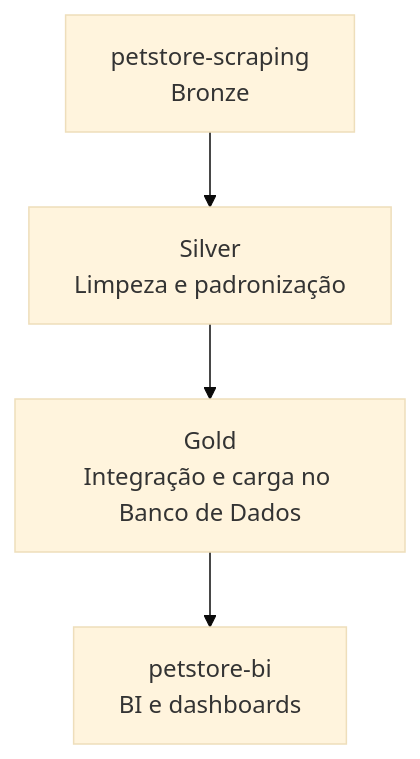
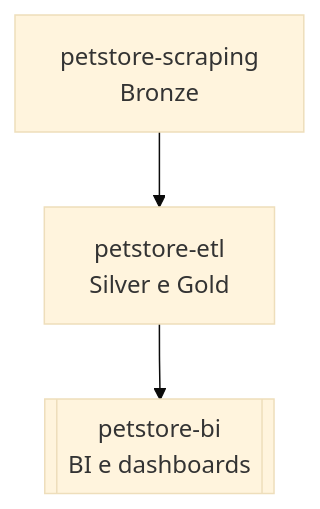
Before and after one commit to rafa-trindade/petstore-etl: the diagram in README.md, drawn with Mermaid (base theme). The commit also changed other lines of this file, not shown here.

````diff
--- a/README.md
+++ b/README.md
@@ -30,6 +29,5 @@
 ```mermaid
 graph TD
-    A[petstore-scraping<br>Bronze] --> B[Silver<br>Limpeza e padronização]
-    B --> C[Gold<br>Integração e carga no Banco de Dados]
-    C --> D[petstore-bi<br>BI e dashboards]
+    A[petstore-scraping<br>Bronze] --> B[petstore-etl<br>Silver e Gold]
+    B --> C[[petstore-bi<br>BI e dashboards]]
 ```
````
